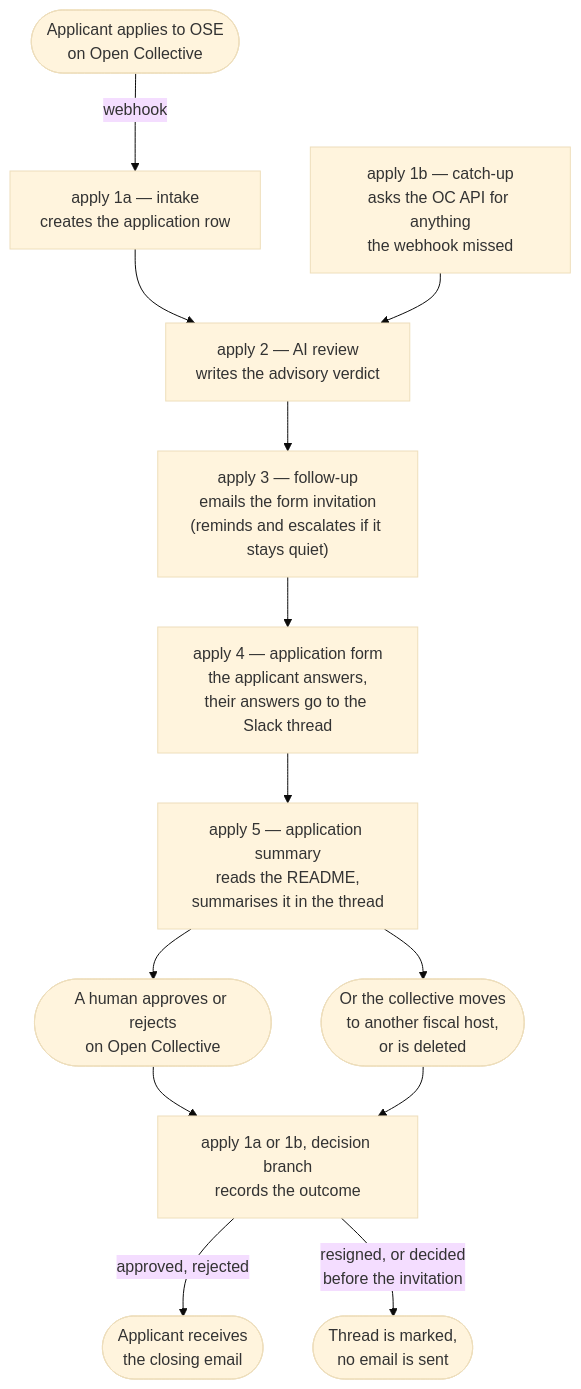
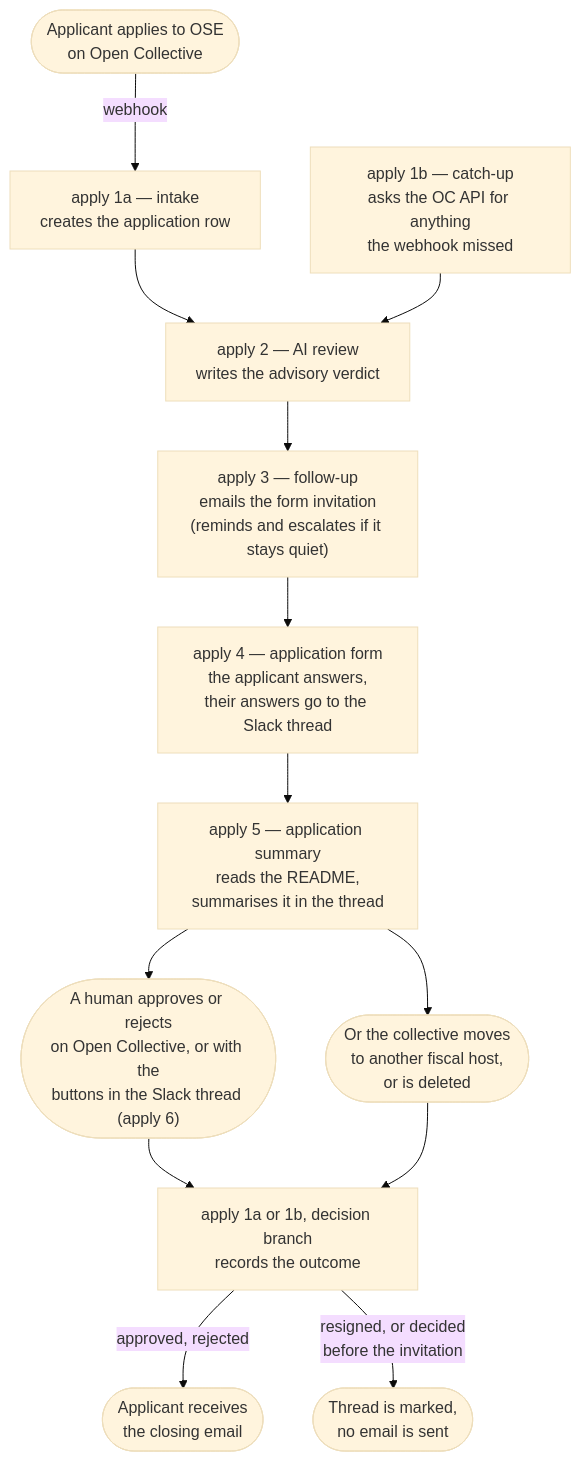
Before and after one commit to opensourceeurope/community: the diagram in automation/README.md, drawn with Mermaid (base theme). The commit also changed other lines of this file and 4 other files, not shown here.

````diff
--- a/automation/README.md
+++ b/automation/README.md
@@ -132,17 +137,17 @@
 ```mermaid
 flowchart TD
     START(["Applicant applies to OSE<br>on Open Collective"])
     START -->|"webhook"| A1a["apply 1a — intake<br>creates the application row"]
     A1b["apply 1b — catch-up<br>asks the OC API for anything<br>the webhook missed"]
     A1a --> A2["apply 2 — AI review<br>writes the advisory verdict"]
     A1b --> A2
     A2 --> A3["apply 3 — follow-up<br>emails the form invitation<br>(reminds and escalates if it stays quiet)"]
     A3 --> A4["apply 4 — application form<br>the applicant answers,<br>their answers go to the Slack thread"]
     A4 --> A5s["apply 5 — application summary<br>reads the README,<br>summarises it in the thread"]
-    A5s --> HUMAN(["A human approves or rejects<br>on Open Collective"])
+    A5s --> HUMAN(["A human approves or rejects<br>on Open Collective, or with the<br>buttons in the Slack thread (apply 6)"])
     A5s --> GONE(["Or the collective moves<br>to another fiscal host,<br>or is deleted"])
     HUMAN --> A5["apply 1a or 1b, decision branch<br>records the outcome"]
     GONE --> A5
     A5 -->|"approved, rejected"| END(["Applicant receives<br>the closing email"])
     A5 -->|"resigned, or decided<br>before the invitation"| MARK(["Thread is marked,<br>no email is sent"])
 ```
````
